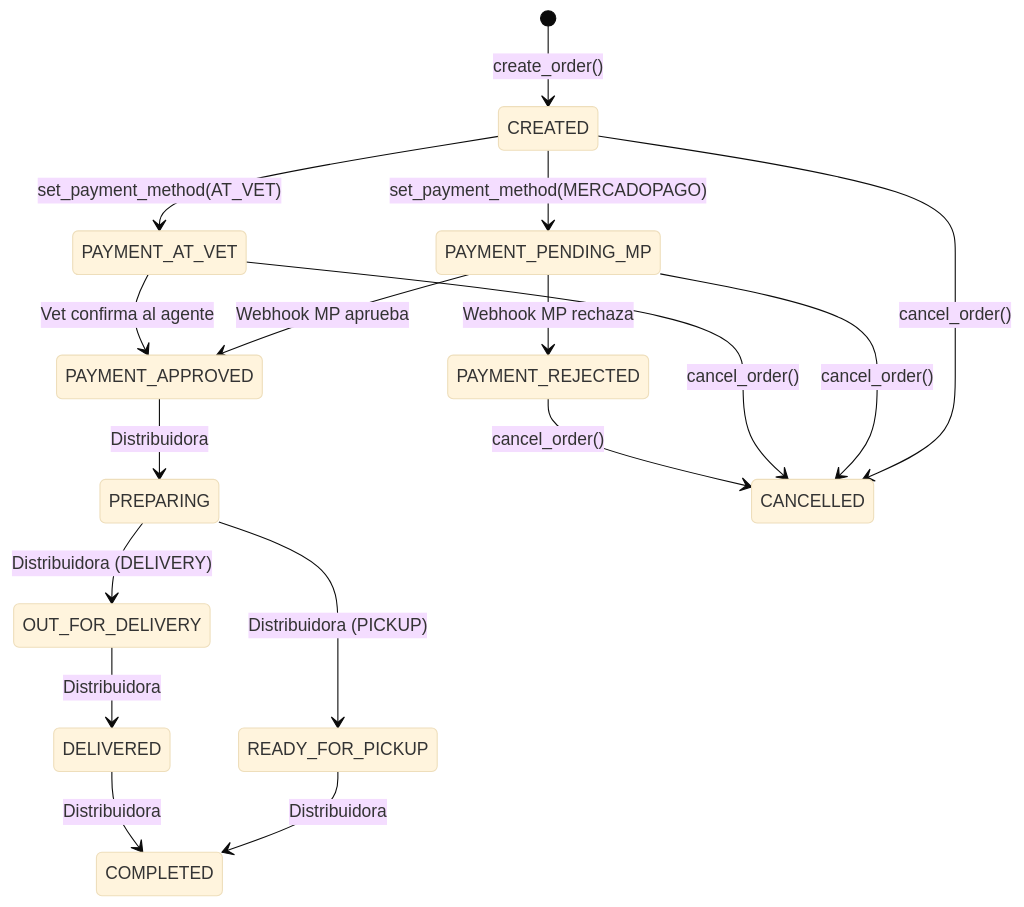
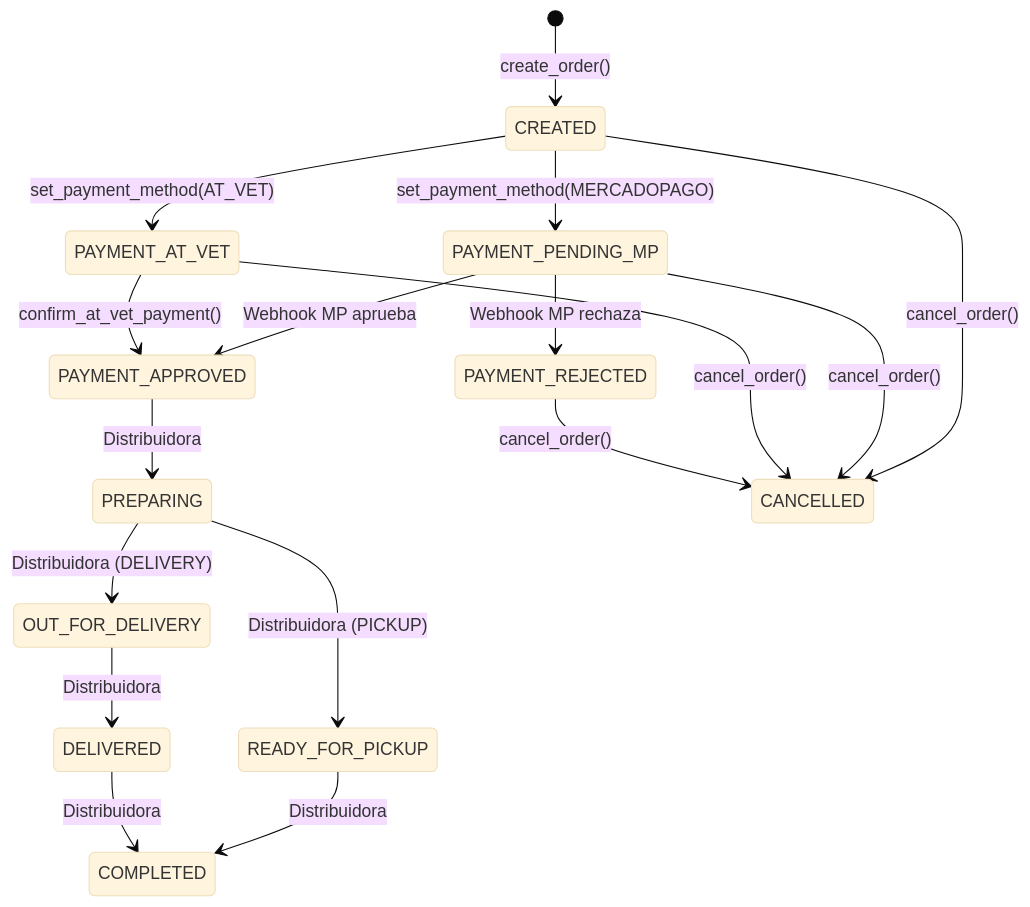
Before and after one commit to CaraccioloSergio/directToVet: the eighth of 8 diagrams in FLUJO_SISTEMA.md, drawn with Mermaid (base theme). The commit also changed other lines of this file and 4 other files, not shown here.

````diff
--- a/FLUJO_SISTEMA.md
+++ b/FLUJO_SISTEMA.md
@@ -172,24 +174,24 @@
 ```mermaid
 stateDiagram-v2
     [*] --> CREATED : create_order()
 
     CREATED --> PAYMENT_PENDING_MP : set_payment_method(MERCADOPAGO)
     CREATED --> PAYMENT_AT_VET : set_payment_method(AT_VET)
 
     PAYMENT_PENDING_MP --> PAYMENT_APPROVED : Webhook MP aprueba
     PAYMENT_PENDING_MP --> PAYMENT_REJECTED : Webhook MP rechaza
 
-    PAYMENT_AT_VET --> PAYMENT_APPROVED : Vet confirma al agente
+    PAYMENT_AT_VET --> PAYMENT_APPROVED : confirm_at_vet_payment()
 
     PAYMENT_APPROVED --> PREPARING : Distribuidora
     PREPARING --> READY_FOR_PICKUP : Distribuidora (PICKUP)
     PREPARING --> OUT_FOR_DELIVERY : Distribuidora (DELIVERY)
     READY_FOR_PICKUP --> COMPLETED : Distribuidora
     OUT_FOR_DELIVERY --> DELIVERED : Distribuidora
     DELIVERED --> COMPLETED : Distribuidora
 
     CREATED --> CANCELLED : cancel_order()
     PAYMENT_PENDING_MP --> CANCELLED : cancel_order()
     PAYMENT_AT_VET --> CANCELLED : cancel_order()
     PAYMENT_REJECTED --> CANCELLED : cancel_order()
 ```
````
